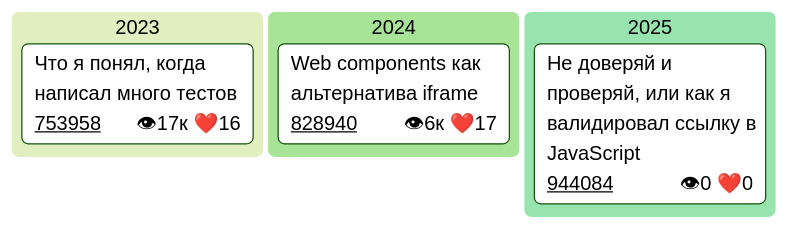
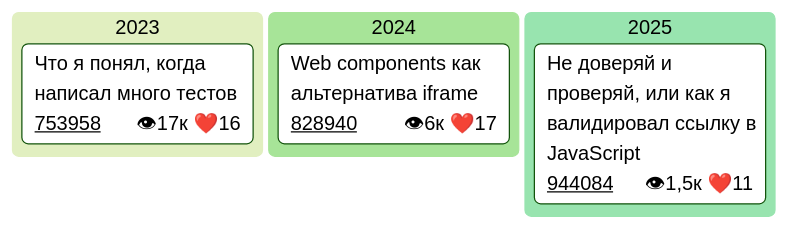
One commit to Goodzonchik/Goodzonchik changed the fourth of 4 diagrams in README.md. Above: the diagram before and after it, drawn with Mermaid (forest theme).

````diff
--- a/README.md
+++ b/README.md
@@ -55,24 +55,24 @@
 ```mermaid
 ---
 config:
   kanban:
     ticketBaseUrl: 'https://habr.com/ru/companies/tbank/articles/#TICKET#'
 
 ---
 kanban
   2023
     card1["Что я понял, когда написал много тестов"]@{
       ticket: 753958
       assigned: 👁17к ❤️16
     }
   2024
     card2["Web components как альтернатива iframe"]@{
       ticket: 828940
       assigned: 👁6к ❤️17
     }
   2025
     card3["Не доверяй и проверяй, или как я валидировал ссылку в JavaScript"]@{
       ticket: 944084
-      assigned: 👁0 ❤️0
+      assigned: 👁1,5к ❤️11
     }
 ```
````
